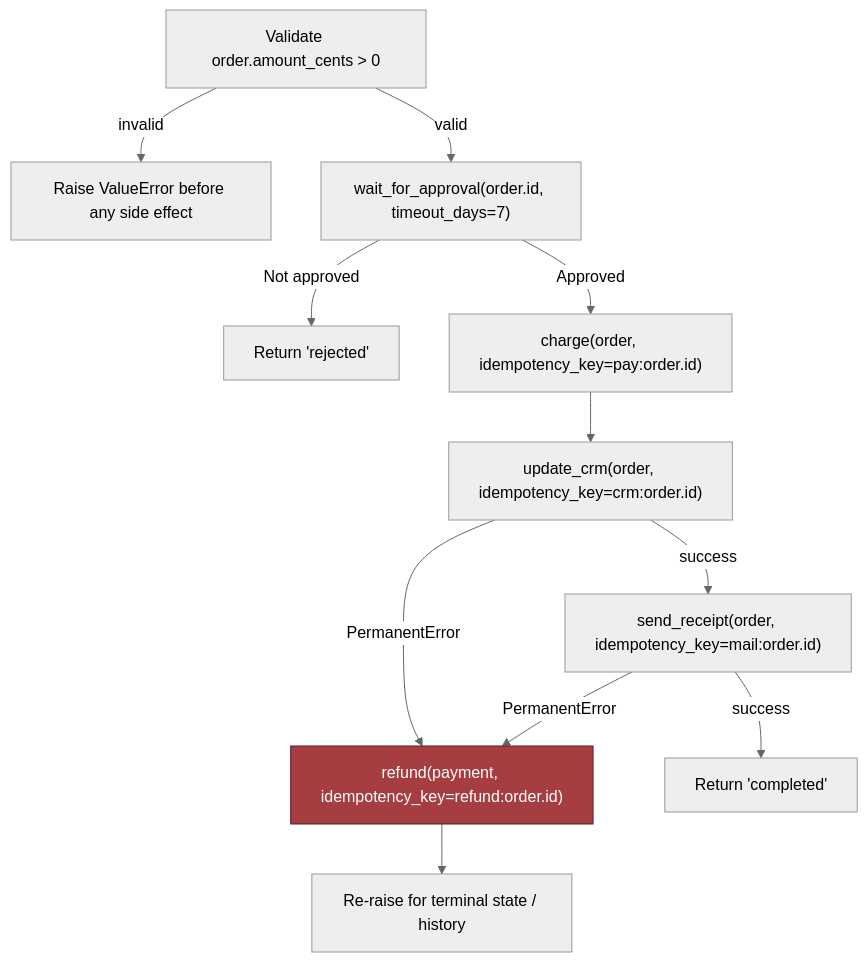
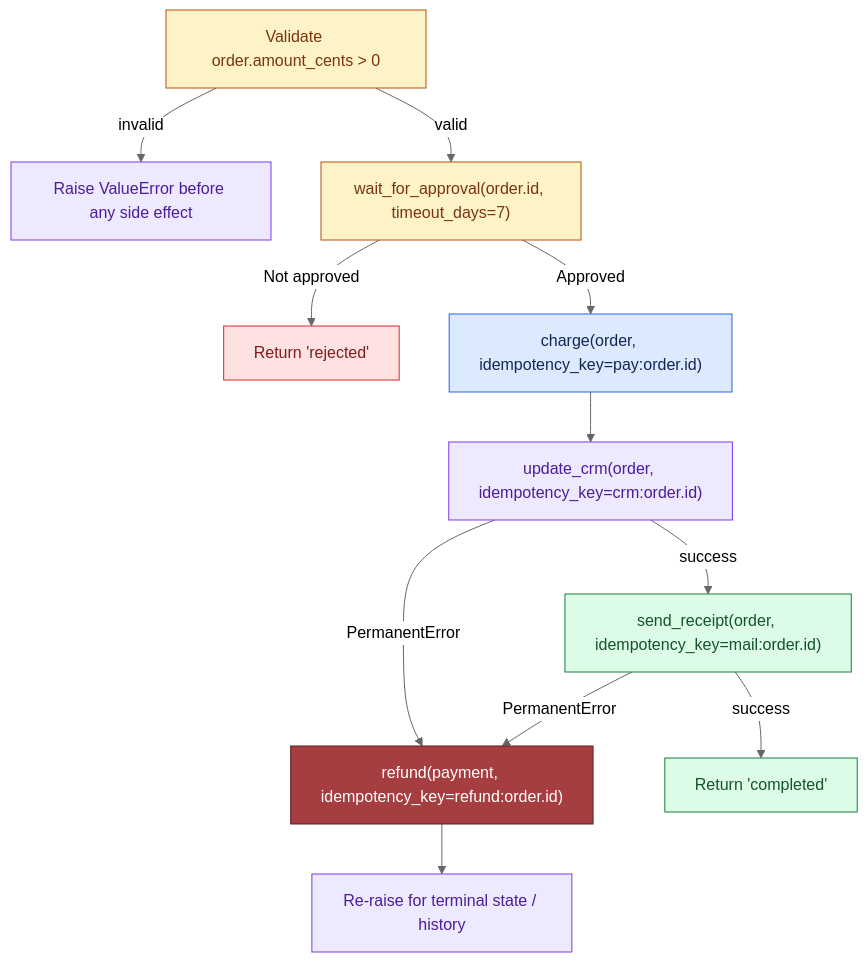
Before and after one commit to Sourav692/Forward-Deployed-Engineer-Interview-Prep: the diagram in site/content/modules/15-fde-case-studies/standalone-designs/reliable-workflow-orchestration/tutorial-v2-part-5.md, drawn with Mermaid (neutral theme). The commit also changed 1268 other files, not shown here.

First line of the commit message:
content: polish Casebook writing and Mermaid diagrams (#251)

````diff
--- a/site/content/modules/15-fde-case-studies/standalone-designs/reliable-workflow-orchestration/tutorial-v2-part-5.md
+++ b/site/content/modules/15-fde-case-studies/standalone-designs/reliable-workflow-orchestration/tutorial-v2-part-5.md
@@ -127,14 +127,26 @@
 ```mermaid
 flowchart TD
   A["Validate order.amount_cents > 0"] -->|invalid| Z["Raise ValueError before any side effect"]
   A -->|valid| B["wait_for_approval(order.id, timeout_days=7)"]
   B -->|Not approved| C["Return 'rejected'"]
   B -->|Approved| D["charge(order, idempotency_key=pay:order.id)"]
   D --> E["update_crm(order, idempotency_key=crm:order.id)"]
   E -->|success| F["send_receipt(order, idempotency_key=mail:order.id)"]
   E -->|PermanentError| G["refund(payment, idempotency_key=refund:order.id)"]
   F -->|PermanentError| G
   F -->|success| H["Return 'completed'"]
   G --> I["Re-raise for terminal state / history"]
   style G fill:#a63d40,stroke:#5c1f22,color:#fff
+
+    %% Casebook colours: entry, reasoning, results, controls, and stopped paths.
+    classDef cbPolicy fill:#fef3c7,stroke:#b45309,color:#78350f
+    class A,B,G cbPolicy
+    classDef cbReason fill:#ede9fe,stroke:#7c3aed,color:#4c1d95
+    class Z,E,I cbReason
+    classDef cbStop fill:#fee2e2,stroke:#dc2626,color:#7f1d1d
+    class C cbStop
+    classDef cbInput fill:#dbeafe,stroke:#2563eb,color:#172554
+    class D cbInput
+    classDef cbAction fill:#dcfce7,stroke:#15803d,color:#14532d
+    class F,H cbAction
 ```
````
